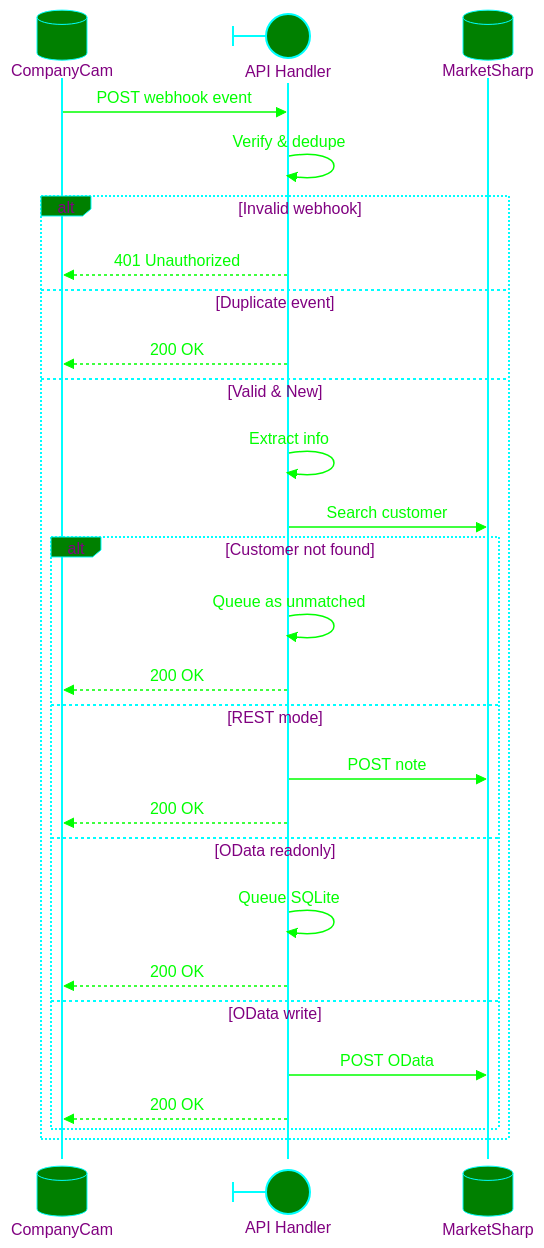
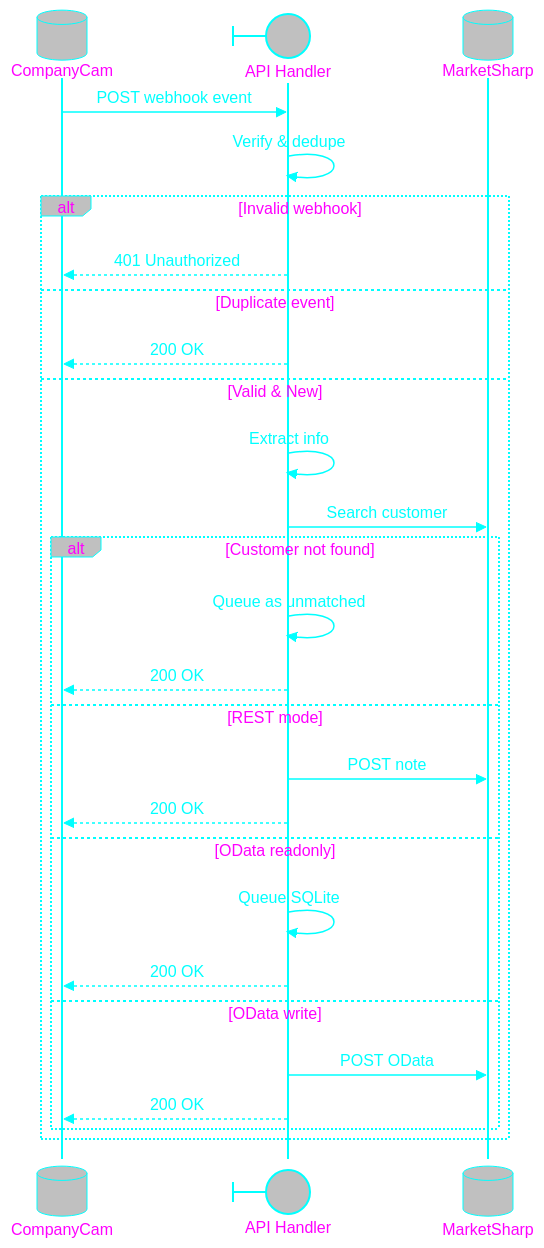
One commit to sweetrellish/api-handlers-spicer changed the second of 3 diagrams in README.md. Above: the diagram before and after it, drawn with Mermaid. The commit also changed other lines of this file, not shown here.

Commit message:
Fix README badges and update mermaid diagram theme
Updated build status badge format and modified theme variables in the sequence diagram.

````diff
--- a/README.md
+++ b/README.md
@@ -117,32 +117,32 @@
 ```mermaid
 sequenceDiagram
-%%{init: {'theme': 'base', 'themeVariables': { 'actorBkg': 'green', 'actorBorder': 'aqua', 'actorTextColor': 'purple', 'textColor': 'lime' }}}%%
+%%{init: {'theme': 'base', 'themeVariables': { 'actorBkg': 'silver', 'actorBorder': 'cyan', 'actorTextColor': 'magenta', 'textColor': 'cyan' }}}%%
     actor CC@{"type": "database"} as CompanyCam
     actor API@{ "type": "boundary"} as API Handler
     actor MS@{ "type": "database" } as MarketSharp
 
     CC->>API: POST webhook event
     API->>API: Verify & dedupe
     alt Invalid webhook
         API-->>CC: 401 Unauthorized
     else Duplicate event
         API-->>CC: 200 OK
     else Valid & New
         API->>API: Extract info
         API->>MS: Search customer
         alt Customer not found
             API->>API: Queue as unmatched
             API-->>CC: 200 OK
         else REST mode
             API->>MS: POST note
             API-->>CC: 200 OK
         else OData readonly
             API->>API: Queue SQLite
             API-->>CC: 200 OK
         else OData write
             API->>MS: POST OData
             API-->>CC: 200 OK
         end
     end
 
 ```
````
